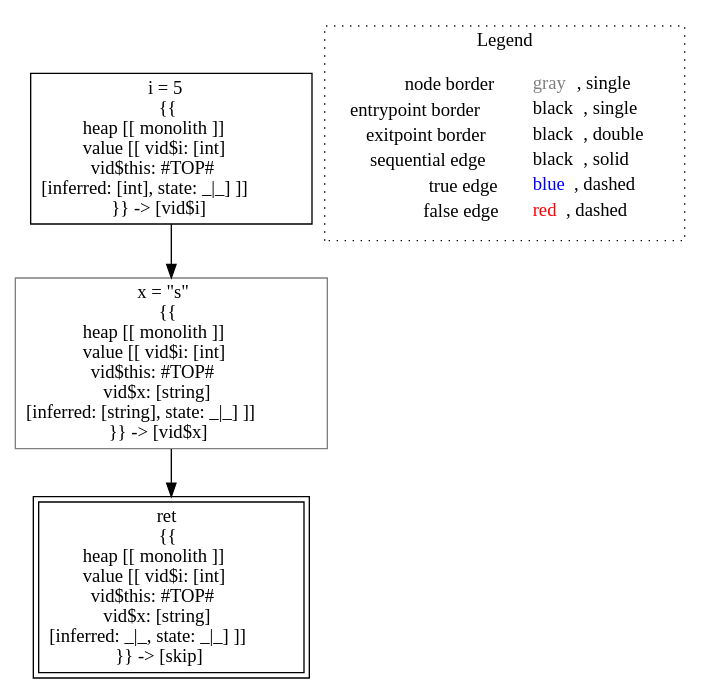
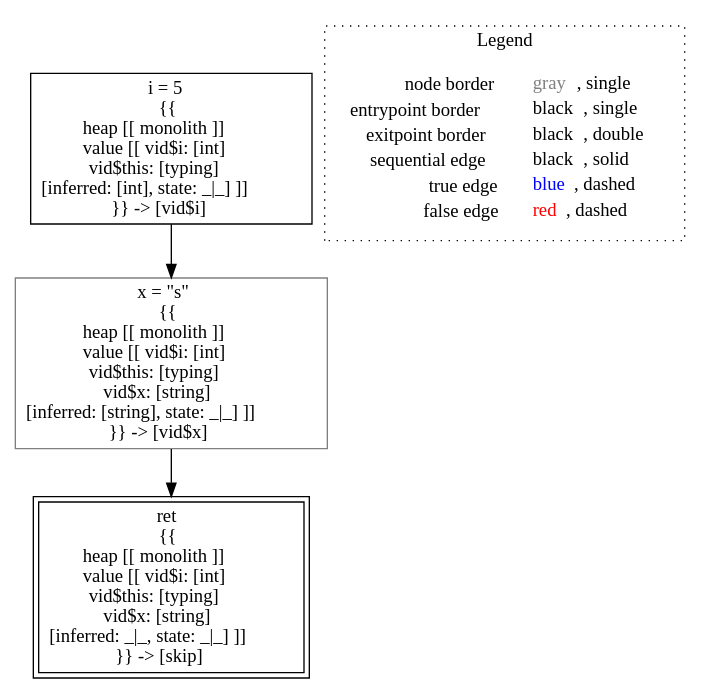
One commit to lisa-analyzer/lisa changed the diagram in lisa/imp-testcases/type-inference/typing___untyped_typing.test1(typing_this).dot. Above: the diagram before and after it, drawn with Graphviz. The commit also changed 5 other files, not shown here.

```diff
--- a/lisa/imp-testcases/type-inference/typing___untyped_typing.test1(typing_this).dot
+++ b/lisa/imp-testcases/type-inference/typing___untyped_typing.test1(typing_this).dot
@@ -1,14 +1,14 @@
 digraph {
-	"node0" [shape="rect",color="black",label=<i = 5<BR/>{{<BR/>heap [[ monolith ]]<BR/>value [[ vid$i: [int]<BR/>vid$this: #TOP#<BR/>[inferred: [int], state: _|_] ]]<BR/>}} -&gt; [vid$i]>];
-	"node1" [shape="rect",color="gray",label=<x = &quot;s&quot;<BR/>{{<BR/>heap [[ monolith ]]<BR/>value [[ vid$i: [int]<BR/>vid$this: #TOP#<BR/>vid$x: [string]<BR/>[inferred: [string], state: _|_] ]]<BR/>}} -&gt; [vid$x]>];
-	"node2" [shape="rect",color="black",peripheries="2",label=<ret<BR/>{{<BR/>heap [[ monolith ]]<BR/>value [[ vid$i: [int]<BR/>vid$this: #TOP#<BR/>vid$x: [string]<BR/>[inferred: _|_, state: _|_] ]]<BR/>}} -&gt; [skip]>];
+	"node0" [shape="rect",color="black",label=<i = 5<BR/>{{<BR/>heap [[ monolith ]]<BR/>value [[ vid$i: [int]<BR/>vid$this: [typing]<BR/>[inferred: [int], state: _|_] ]]<BR/>}} -&gt; [vid$i]>];
+	"node1" [shape="rect",color="gray",label=<x = &quot;s&quot;<BR/>{{<BR/>heap [[ monolith ]]<BR/>value [[ vid$i: [int]<BR/>vid$this: [typing]<BR/>vid$x: [string]<BR/>[inferred: [string], state: _|_] ]]<BR/>}} -&gt; [vid$x]>];
+	"node2" [shape="rect",color="black",peripheries="2",label=<ret<BR/>{{<BR/>heap [[ monolith ]]<BR/>value [[ vid$i: [int]<BR/>vid$this: [typing]<BR/>vid$x: [string]<BR/>[inferred: _|_, state: _|_] ]]<BR/>}} -&gt; [skip]>];
+	"node1" -> "node2" [color="black"];
 	"node0" -> "node1" [color="black"];
-	"node1" -> "node2" [color="black"];
 subgraph cluster_legend {
 	label="Legend";
 	style=dotted;
 	node [shape=plaintext];
 	"legend" [label=<<table border="0" cellpadding="2" cellspacing="0" cellborder="0"><tr><td align="right">node border&nbsp;</td><td align="left"><font color="gray">gray</font>, single</td></tr><tr><td align="right">entrypoint border&nbsp;</td><td align="left"><font color="black">black</font>, single</td></tr><tr><td align="right">exitpoint border&nbsp;</td><td align="left"><font color="black">black</font>, double</td></tr><tr><td align="right">sequential edge&nbsp;</td><td align="left"><font color="black">black</font>, solid</td></tr><tr><td align="right">true edge&nbsp;</td><td align="left"><font color="blue">blue</font>, dashed</td></tr><tr><td align="right">false edge&nbsp;</td><td align="left"><font color="red">red</font>, dashed</td></tr></table>>];
 }
 
 }
```
